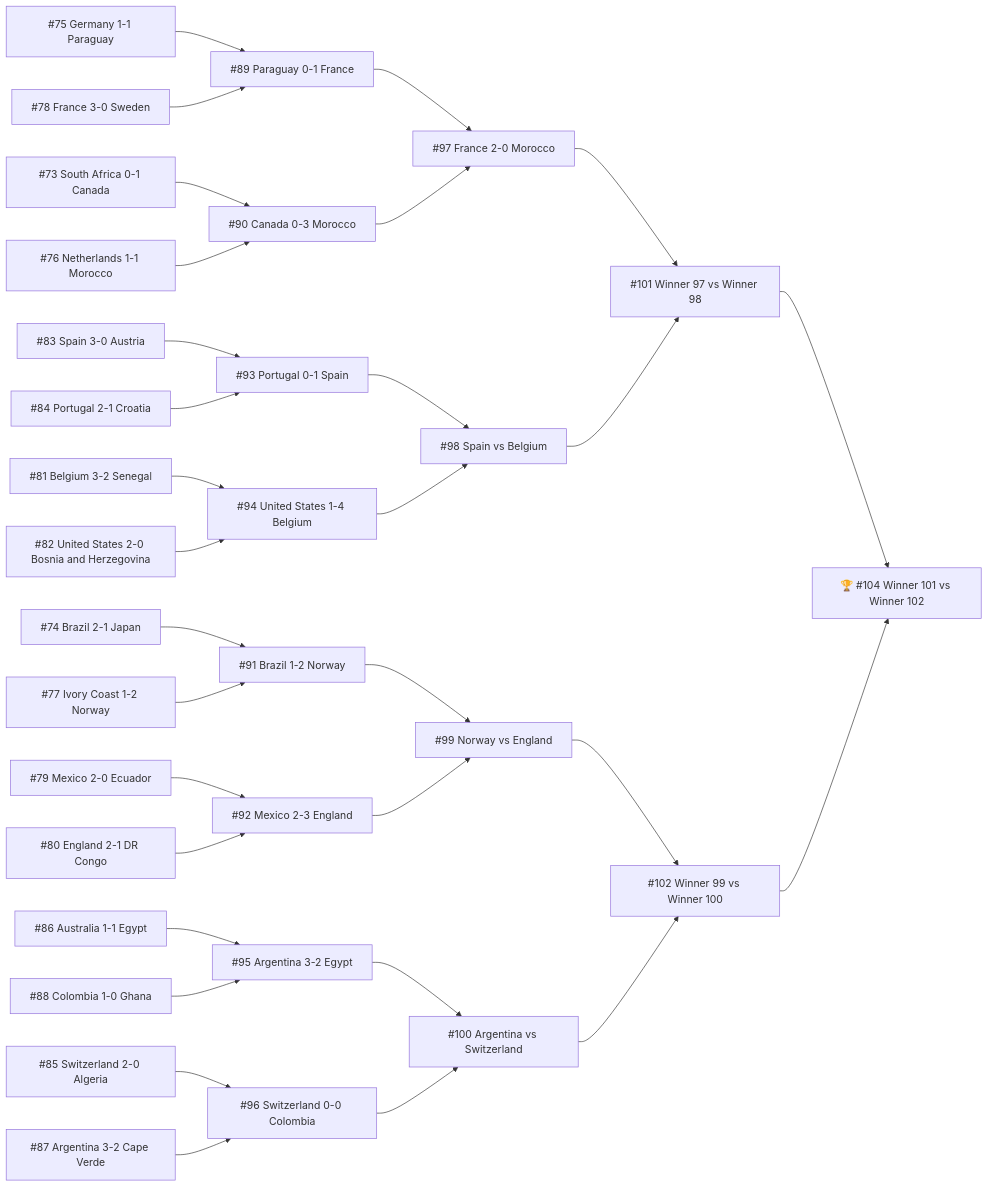
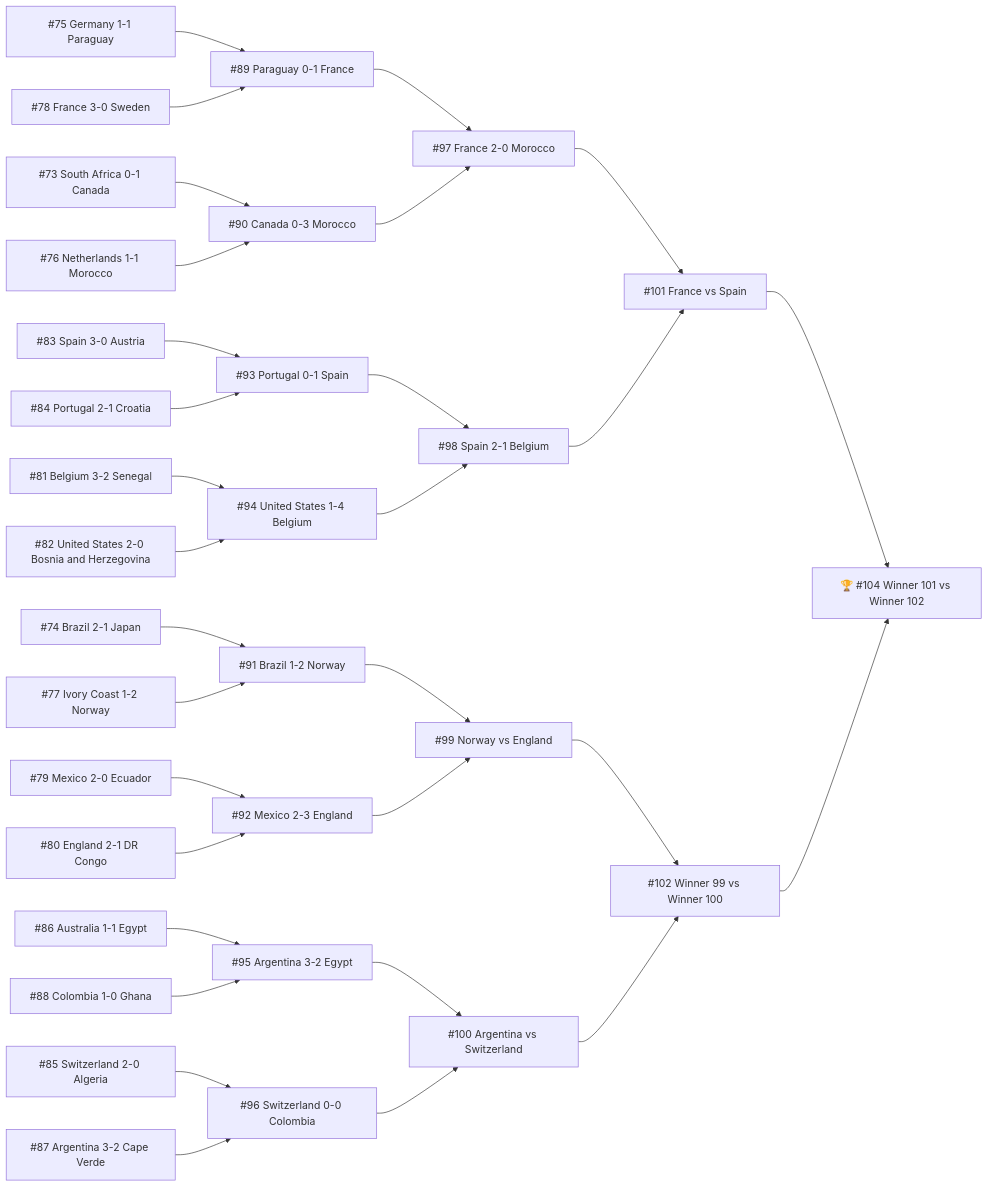
One commit to didiowen/theyears changed the diagram in src/site/notes/Area/Football/World Cup 2026.md. Above: the diagram before and after it, drawn with Mermaid. The commit also changed 1 other file, not shown here.

Commit message:
auto: WC2026 update 2026-07-11

````diff
--- a/src/site/notes/Area/Football/World Cup 2026.md
+++ b/src/site/notes/Area/Football/World Cup 2026.md
@@ -504,64 +504,64 @@
 ```mermaid
 flowchart LR
   M73["#73 South Africa 0-1 Canada"]
   M74["#74 Brazil 2-1 Japan"]
   M75["#75 Germany 1-1 Paraguay"]
   M76["#76 Netherlands 1-1 Morocco"]
   M77["#77 Ivory Coast 1-2 Norway"]
   M78["#78 France 3-0 Sweden"]
   M79["#79 Mexico 2-0 Ecuador"]
   M80["#80 England 2-1 DR Congo"]
   M81["#81 Belgium 3-2 Senegal"]
   M82["#82 United States 2-0 Bosnia and Herzegovina"]
   M83["#83 Spain 3-0 Austria"]
   M84["#84 Portugal 2-1 Croatia"]
   M85["#85 Switzerland 2-0 Algeria"]
   M86["#86 Australia 1-1 Egypt"]
   M87["#87 Argentina 3-2 Cape Verde"]
   M88["#88 Colombia 1-0 Ghana"]
   M89["#89 Paraguay 0-1 France"]
   M90["#90 Canada 0-3 Morocco"]
   M91["#91 Brazil 1-2 Norway"]
   M92["#92 Mexico 2-3 England"]
   M93["#93 Portugal 0-1 Spain"]
   M94["#94 United States 1-4 Belgium"]
   M95["#95 Argentina 3-2 Egypt"]
   M96["#96 Switzerland 0-0 Colombia"]
   M97["#97 France 2-0 Morocco"]
-  M98["#98 Spain vs Belgium"]
+  M98["#98 Spain 2-1 Belgium"]
   M99["#99 Norway vs England"]
   M100["#100 Argentina vs Switzerland"]
-  M101["#101 Winner 97 vs Winner 98"]
+  M101["#101 France vs Spain"]
   M102["#102 Winner 99 vs Winner 100"]
   M104["🏆 #104 Winner 101 vs Winner 102"]
   M75 --> M89
   M78 --> M89
   M73 --> M90
   M76 --> M90
   M74 --> M91
   M77 --> M91
   M79 --> M92
   M80 --> M92
   M83 --> M93
   M84 --> M93
   M81 --> M94
   M82 --> M94
   M86 --> M95
   M88 --> M95
   M85 --> M96
   M87 --> M96
   M89 --> M97
   M90 --> M97
   M93 --> M98
   M94 --> M98
   M91 --> M99
   M92 --> M99
   M95 --> M100
   M96 --> M100
   M97 --> M101
   M98 --> M101
   M99 --> M102
   M100 --> M102
   M101 --> M104
   M102 --> M104
 ```
````
